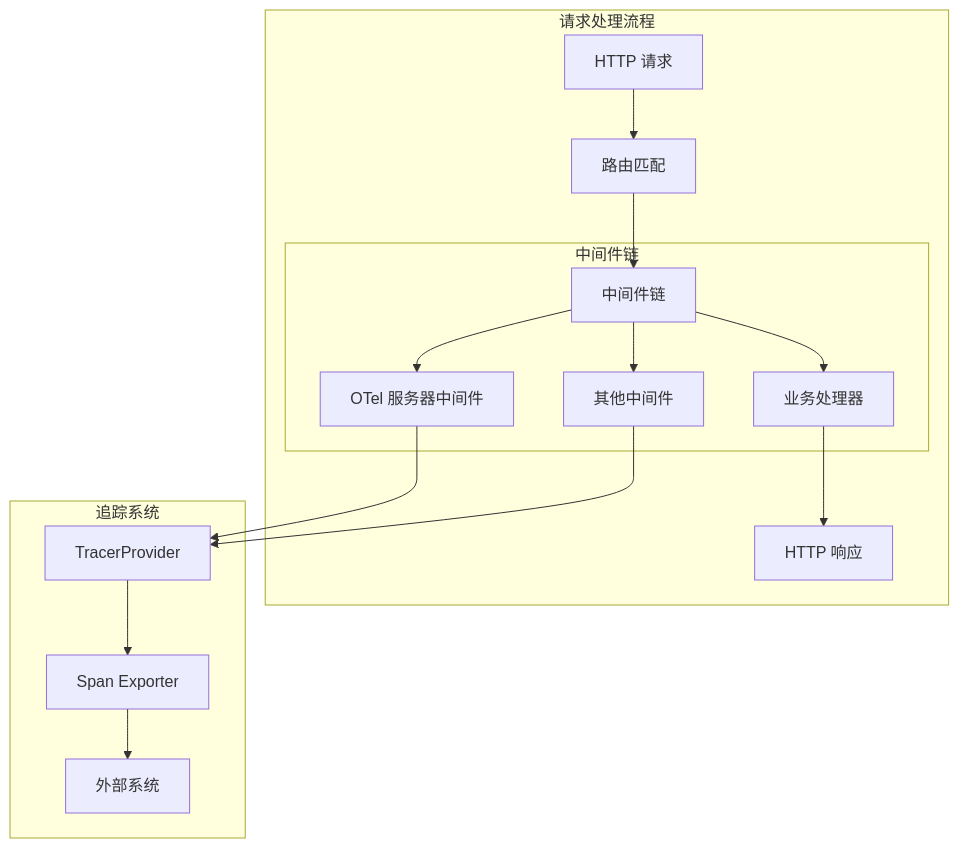
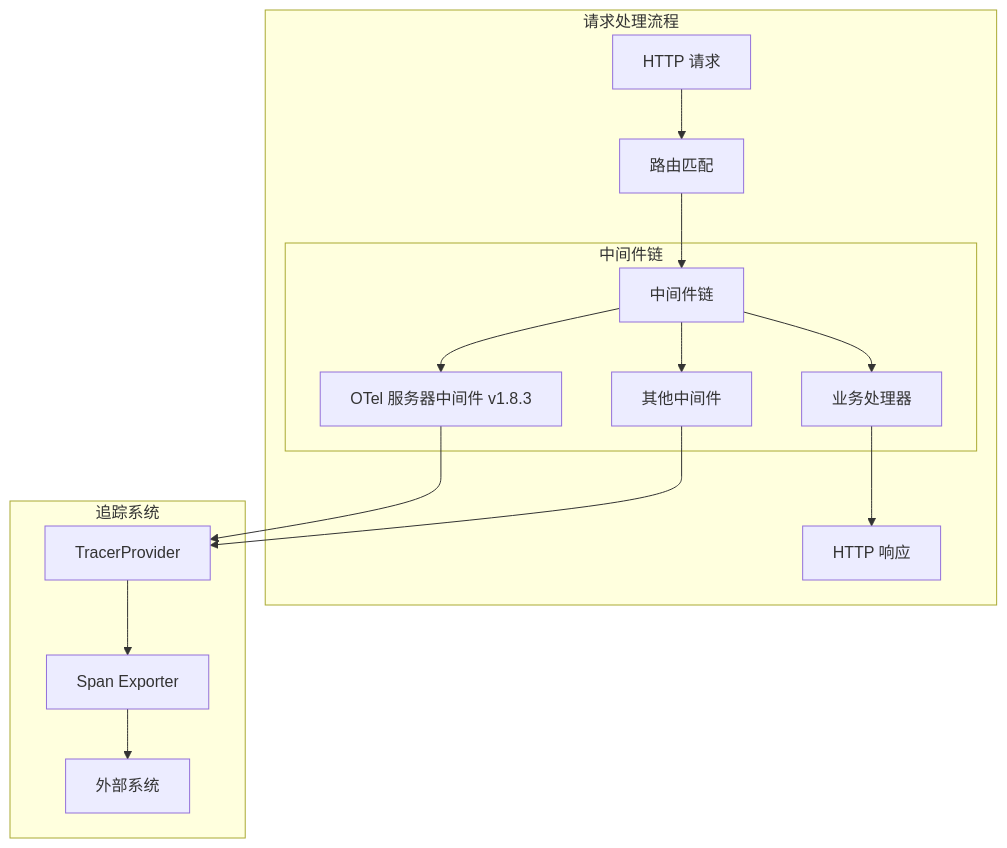
The fifth of 9 diagrams in .agents/repowiki/zh/content/高级中间件/监控与遥测中间件.md (soyacen/goose), drawn with Mermaid before and after one commit. The commit also changed other lines of this file and 51 other files, not shown here.

````diff
--- a/.agents/repowiki/zh/content/高级中间件/监控与遥测中间件.md
+++ b/.agents/repowiki/zh/content/高级中间件/监控与遥测中间件.md
@@ -154,19 +163,19 @@
 ```mermaid
 graph TB
 subgraph "请求处理流程"
 A[HTTP 请求] --> B[路由匹配]
 B --> C[中间件链]
 subgraph "中间件链"
-C --> D[OTel 服务器中间件]
+C --> D[OTel 服务器中间件 v1.8.3]
 C --> E[其他中间件]
 C --> F[业务处理器]
 end
 F --> G[HTTP 响应]
 end
 subgraph "追踪系统"
 H[TracerProvider] --> I[Span Exporter]
 I --> J[外部系统]
 end
 D --> H
 E --> H
 ```
````
